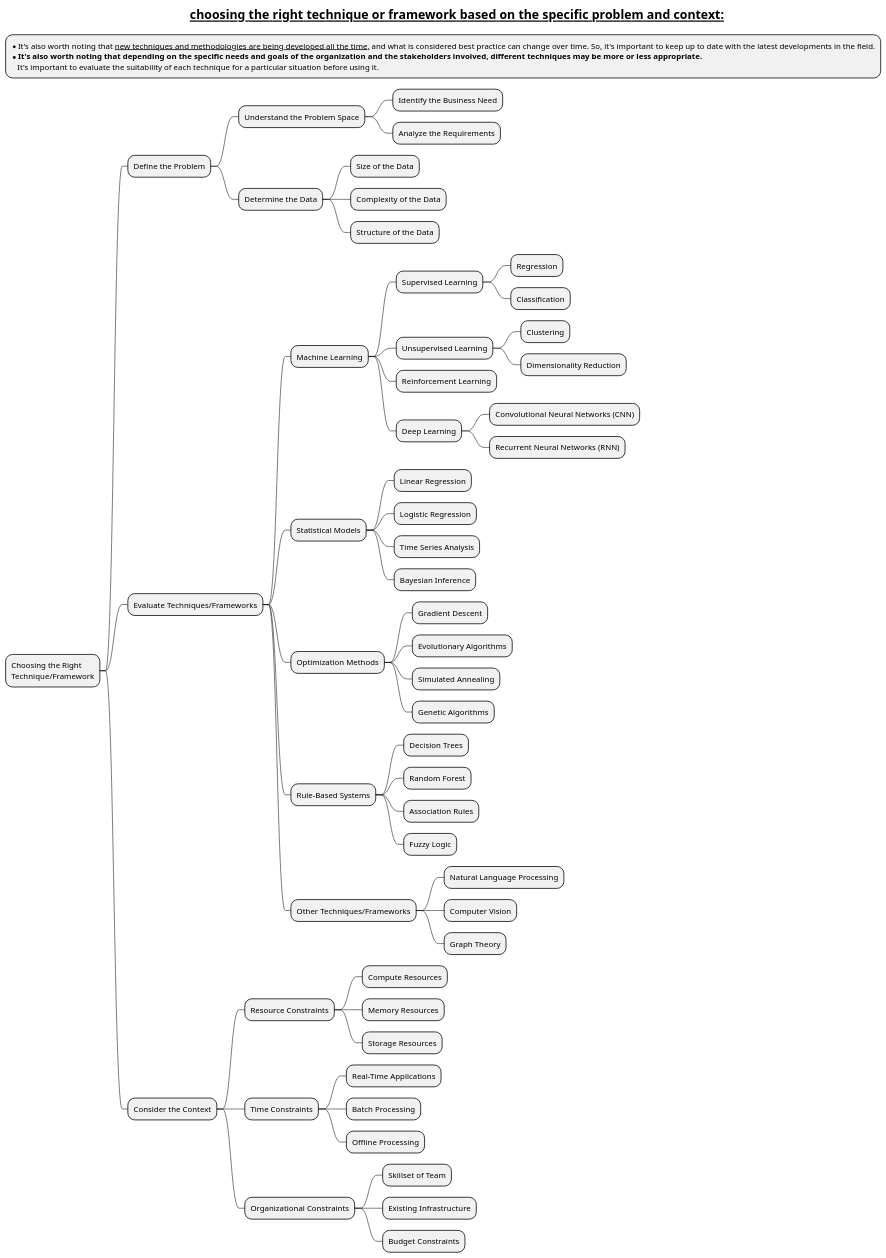
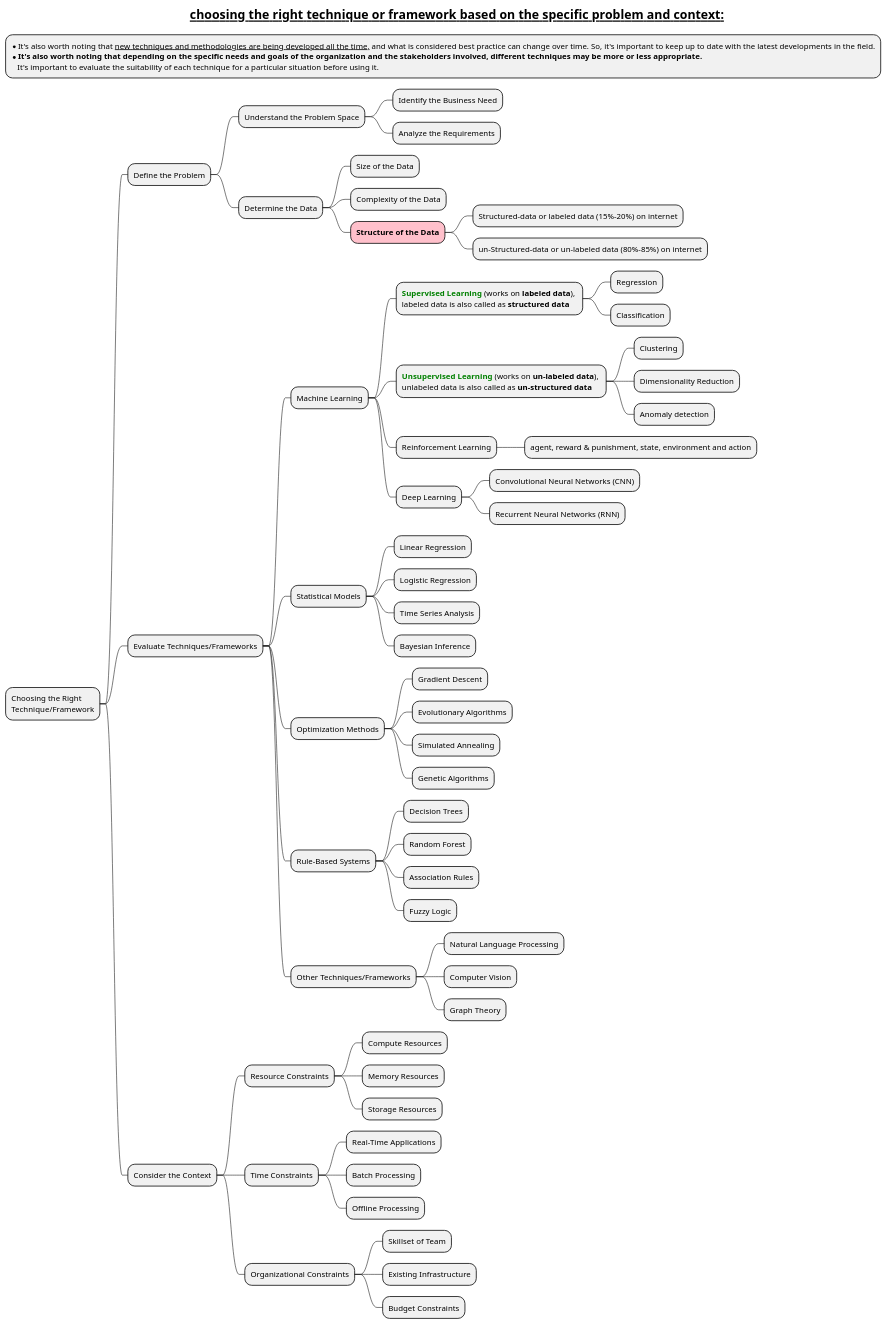
Before and after one commit to MehmoodHashmi/Documentation-as-Code-DaC: the diagram in docs/AI-ML- DL-and-Data-Science/Choosing-the-Right-(Technique-or-Framework)-in-AI.puml, drawn with PlantUML. The commit also changed 27 other files, not shown here.

Commit message:
added new mindmaps

```diff
--- a/docs/AI-ML- DL-and-Data-Science/Choosing-the-Right-(Technique-or-Framework)-in-AI.puml
+++ b/docs/AI-ML- DL-and-Data-Science/Choosing-the-Right-(Technique-or-Framework)-in-AI.puml
@@ -1,67 +1,71 @@
 @startmindmap
 
 *:*It's also worth noting that __new techniques and methodologies are being developed all the time,__ and what is considered best practice can change over time. So, it's important to keep up to date with the latest developments in the field.
 * **It's also worth noting that depending on the specific needs and goals of the organization and the stakeholders involved, different techniques may be more or less appropriate.**
    It's important to evaluate the suitability of each technique for a particular situation before using it.;
 
 
 title = __choosing the right technique or framework based on the specific problem and context:__
 
 * Choosing the Right \nTechnique/Framework
 
 ** Define the Problem
 *** Understand the Problem Space
 **** Identify the Business Need
 **** Analyze the Requirements
 *** Determine the Data
 **** Size of the Data
 **** Complexity of the Data
-**** Structure of the Data
+****[#pink] **Structure of the Data**
+***** Structured-data or labeled data (15%-20%) on internet
+***** un-Structured-data or un-labeled data (80%-85%) on internet
 
 ** Evaluate Techniques/Frameworks
 *** Machine Learning
-**** Supervised Learning
+**** <color #green>**Supervised Learning**</color> (works on **labeled data**), \nlabeled data is also called as **structured data**
 ***** Regression
 ***** Classification
-**** Unsupervised Learning
+**** <color #green>**Unsupervised Learning**</color> (works on **un-labeled data**), \nunlabeled data is also called as **un-structured data**
 ***** Clustering
 ***** Dimensionality Reduction
+***** Anomaly detection
 **** Reinforcement Learning
+***** agent, reward & punishment, state, environment and action
 **** Deep Learning
 ***** Convolutional Neural Networks (CNN)
 ***** Recurrent Neural Networks (RNN)
 *** Statistical Models
 **** Linear Regression
 **** Logistic Regression
 **** Time Series Analysis
 **** Bayesian Inference
 *** Optimization Methods
 **** Gradient Descent
 **** Evolutionary Algorithms
 **** Simulated Annealing
 **** Genetic Algorithms
 *** Rule-Based Systems
 **** Decision Trees
 **** Random Forest
 **** Association Rules
 **** Fuzzy Logic
 *** Other Techniques/Frameworks
 **** Natural Language Processing
 **** Computer Vision
 **** Graph Theory
 
 ** Consider the Context
 *** Resource Constraints
 **** Compute Resources
 **** Memory Resources
 **** Storage Resources
 *** Time Constraints
 **** Real-Time Applications
 **** Batch Processing
 **** Offline Processing
 *** Organizational Constraints
 **** Skillset of Team
 **** Existing Infrastructure
 **** Budget Constraints
 
 @endmindmap
```
